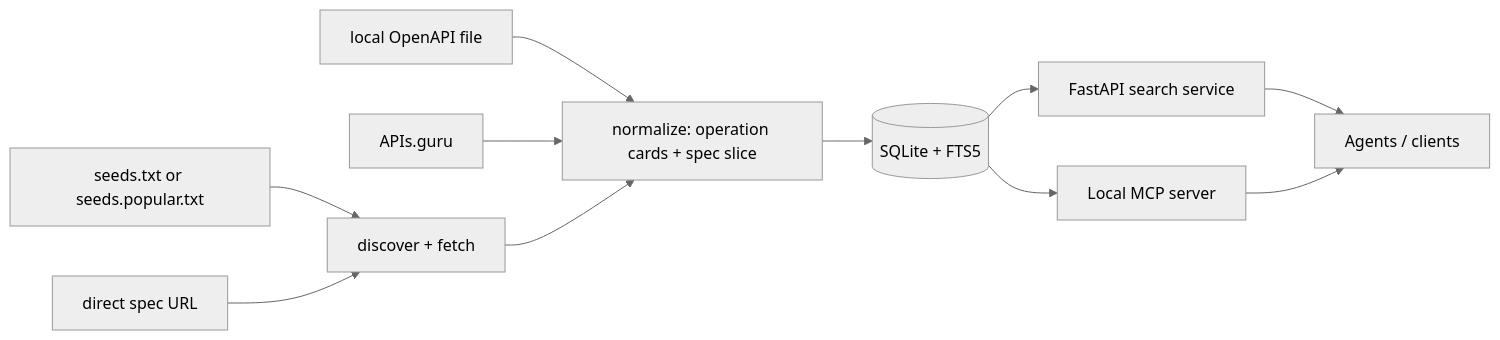
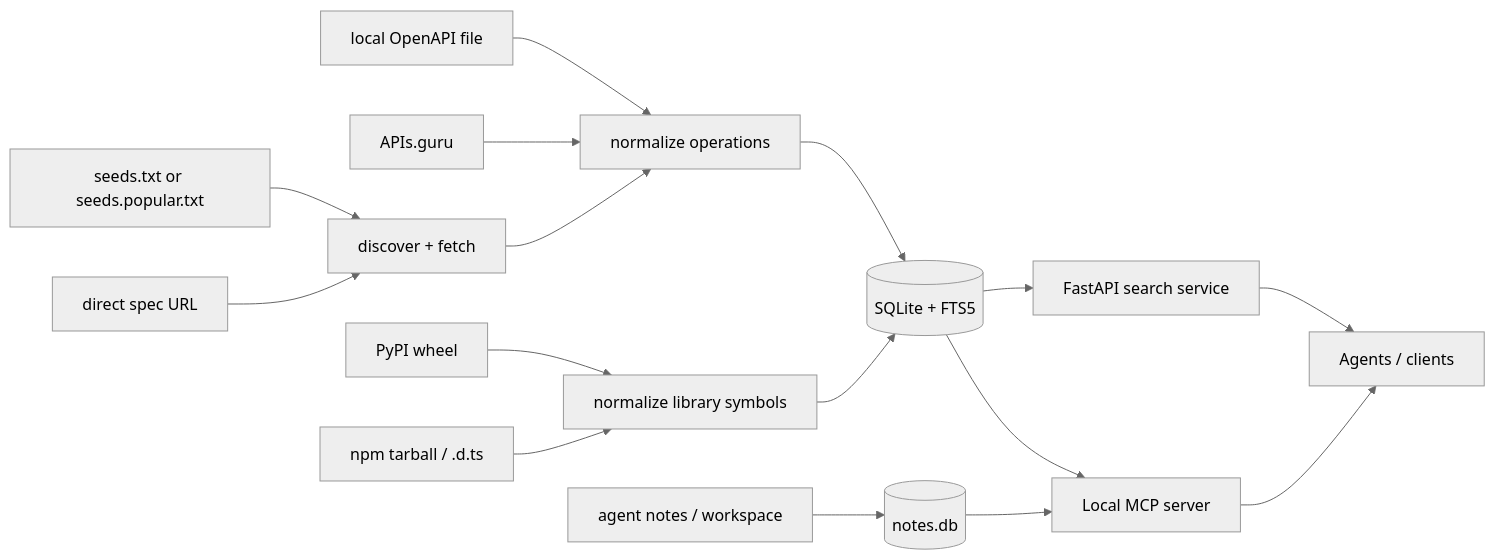
Before and after one commit to Joshwani/mneme: the diagram in README.md, drawn with Mermaid (neutral theme). The commit also changed other lines of this file and 45 other files, not shown here.

````diff
--- a/README.md
+++ b/README.md
@@ -41,13 +45,18 @@
 ```mermaid
 flowchart LR
   seeds[seeds.txt or seeds.popular.txt] --> crawler
   url[direct spec URL] --> crawler
   file[local OpenAPI file] --> normalize
   guru[APIs.guru] --> normalize
+  pypi[PyPI wheel] --> symbols
+  npmtarball[npm tarball / .d.ts] --> symbols
   crawler[discover + fetch] --> normalize
-  normalize[normalize: operation cards + spec slice] --> sqlite[(SQLite + FTS5)]
+  normalize[normalize operations] --> sqlite[(SQLite + FTS5)]
+  symbols[normalize library symbols] --> sqlite
+  notes[agent notes / workspace] --> notesdb[(notes.db)]
   sqlite --> httpapi[FastAPI search service]
   sqlite --> mcp[Local MCP server]
+  notesdb --> mcp
   httpapi --> agent[Agents / clients]
   mcp --> agent
 ```
````
